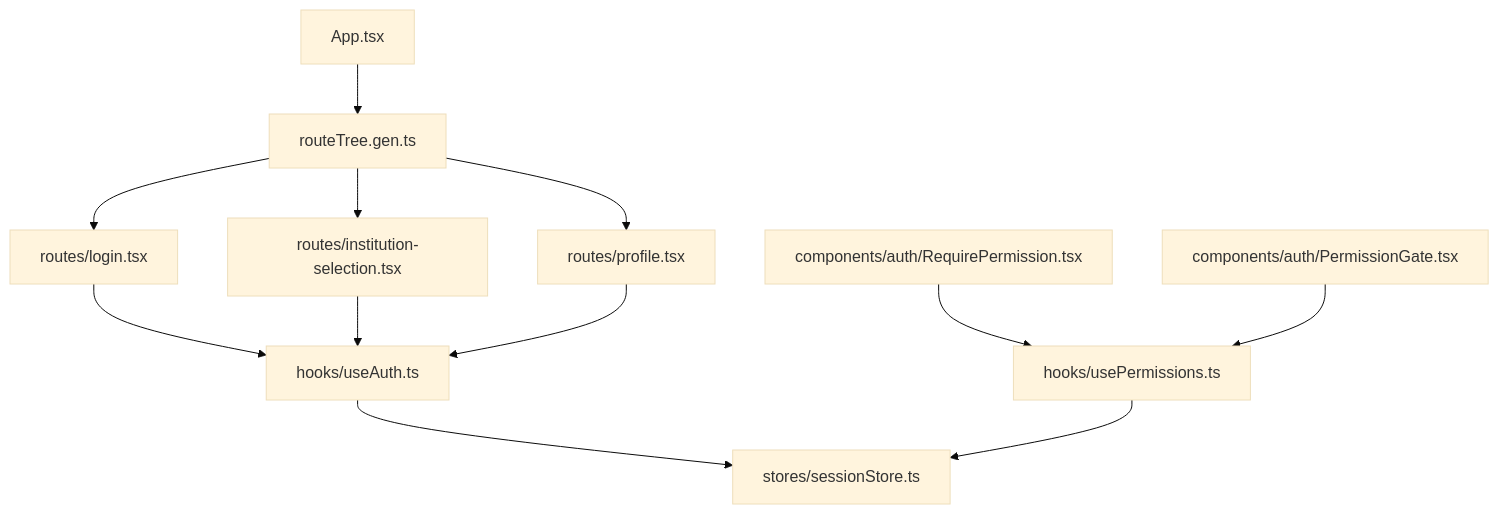
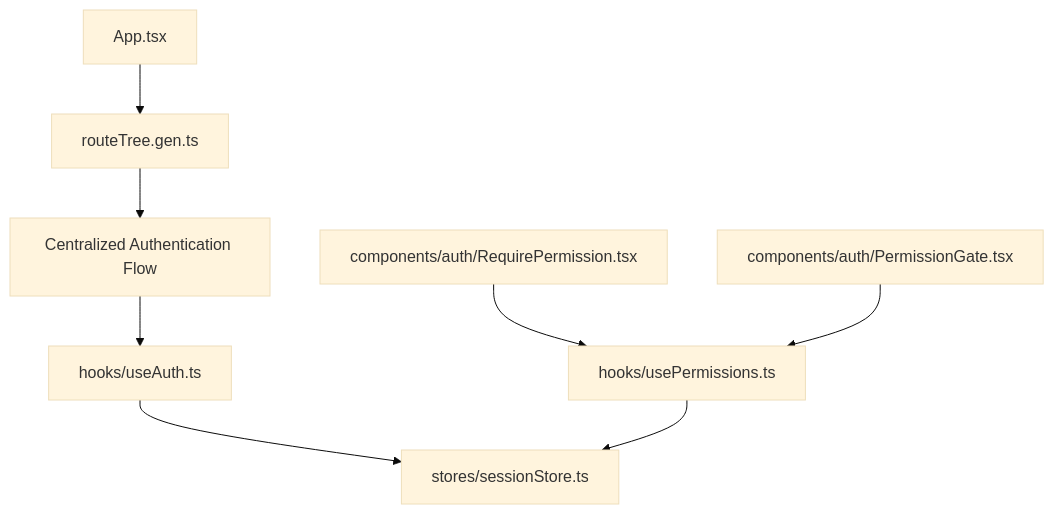
Before and after one commit to franckylab/eLISAschool: the tenth of 10 diagrams in .qoder/repowiki/en/content/System Architecture/Frontend Architecture/Authentication & Authorization UI/Authentication & Authorization UI.md, drawn with Mermaid (base theme). The commit also changed other lines of this file and 97 other files, not shown here.

````diff
--- a/.qoder/repowiki/en/content/System Architecture/Frontend Architecture/Authentication & Authorization UI/Authentication & Authorization UI.md
+++ b/.qoder/repowiki/en/content/System Architecture/Frontend Architecture/Authentication & Authorization UI/Authentication & Authorization UI.md
@@ -364,14 +392,10 @@
 ```mermaid
 graph TB
 App["App.tsx"] --> RT["routeTree.gen.ts"]
-RT --> Login["routes/login.tsx"]
-RT --> InstSel["routes/institution-selection.tsx"]
-RT --> Profile["routes/profile.tsx"]
-Login --> UseAuth["hooks/useAuth.ts"]
-InstSel --> UseAuth
-Profile --> UseAuth
+RT --> CentralAuth["Centralized Authentication Flow"]
+CentralAuth --> UseAuth["hooks/useAuth.ts"]
 UseAuth --> Session["stores/sessionStore.ts"]
 ReqPerm["components/auth/RequirePermission.tsx"] --> UsePerms["hooks/usePermissions.ts"]
 PermGate["components/auth/PermissionGate.tsx"] --> UsePerms
 UsePerms --> Session
 ```
````
